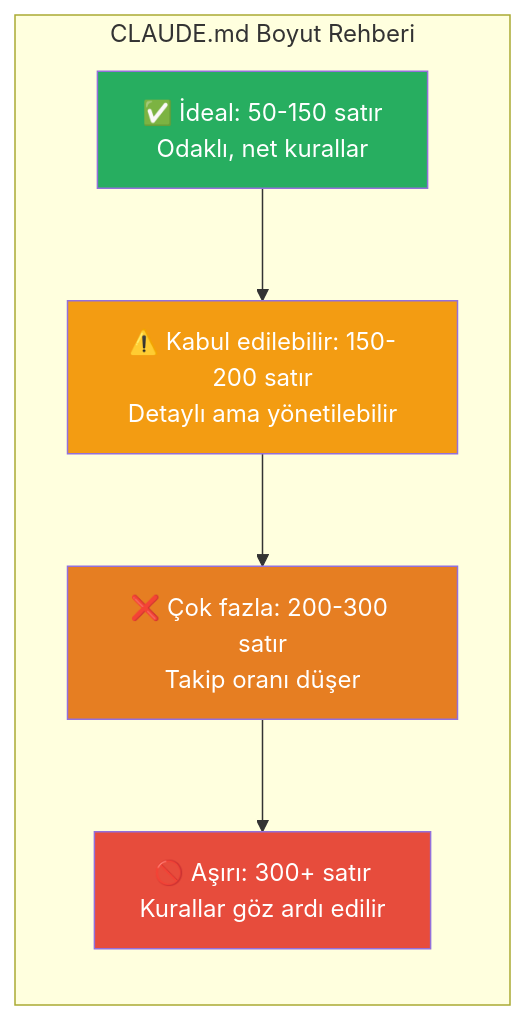
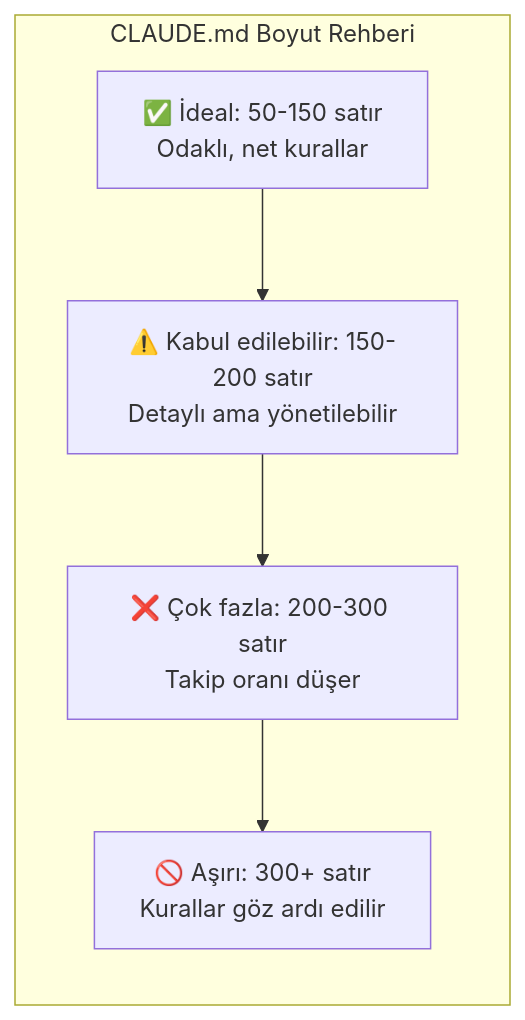
Before and after one commit to IzzetYasinAtes/ClaudeCodeHandbook: the fourth of 4 diagrams in 09-bellek-ve-baglam/01-claude-md-dosyasi.md, drawn with Mermaid. The commit also changed other lines of this file and 97 other files, not shown here.

Commit message:
Remove all custom Mermaid style/fill colors from 98 markdown files for consistent dark theme rendering

````diff
--- a/09-bellek-ve-baglam/01-claude-md-dosyasi.md
+++ b/09-bellek-ve-baglam/01-claude-md-dosyasi.md
@@ -252,17 +248,13 @@
 ```mermaid
 flowchart LR
     subgraph boyut ["CLAUDE.md Boyut Rehberi"]
         direction TB
         IDEAL["✅ İdeal: 50-150 satır<br/>Odaklı, net kurallar"]
         OK["⚠️ Kabul edilebilir: 150-200 satır<br/>Detaylı ama yönetilebilir"]
         FAZLA["❌ Çok fazla: 200-300 satır<br/>Takip oranı düşer"]
         ASIRI["🚫 Aşırı: 300+ satır<br/>Kurallar göz ardı edilir"]
     end
 
     IDEAL --> OK --> FAZLA --> ASIRI
 
-    style IDEAL fill:#27AE60,color:#fff
-    style OK fill:#F39C12,color:#fff
-    style FAZLA fill:#E67E22,color:#fff
-    style ASIRI fill:#E74C3C,color:#fff
 ```
````
